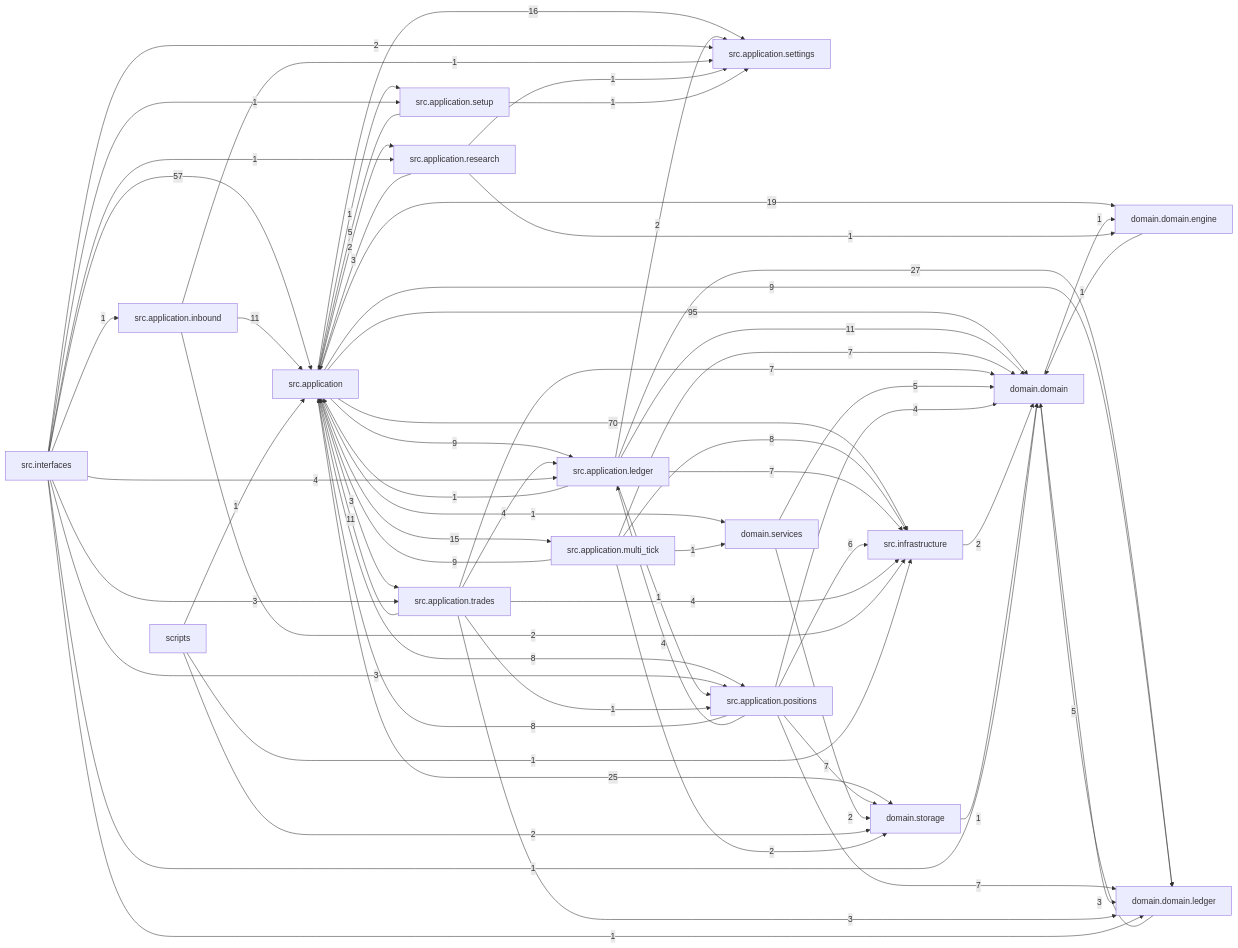
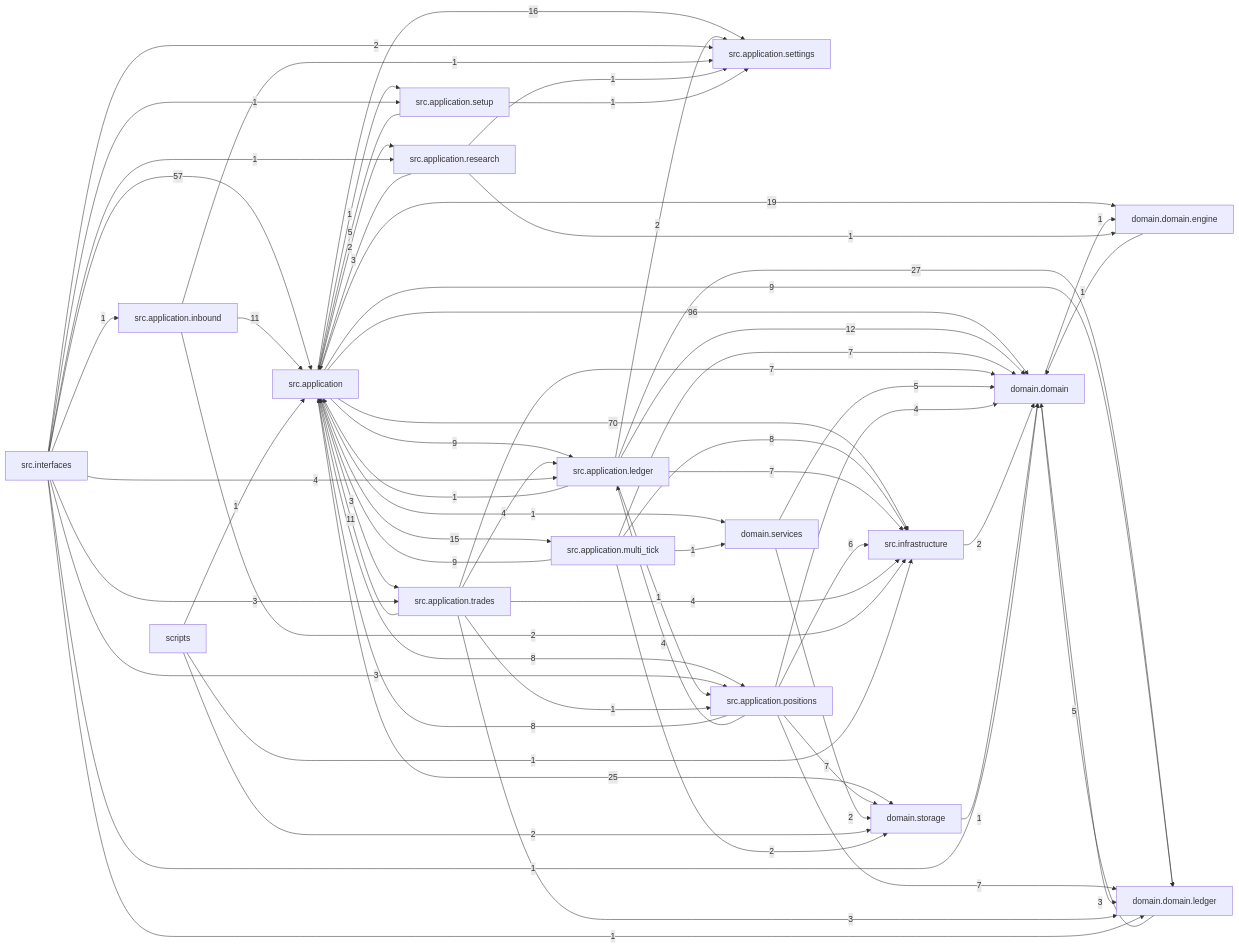
Before and after one commit to liuxie066/options-monitor: the diagram in docs/dependency_graph.mmd, drawn with Mermaid. The commit also changed 28 other files, not shown here.

```diff
--- a/docs/dependency_graph.mmd
+++ b/docs/dependency_graph.mmd
@@ -1,66 +1,66 @@
 flowchart LR
-  src_application["src.application"] -->|95| domain_domain["domain.domain"]
+  src_application["src.application"] -->|96| domain_domain["domain.domain"]
   src_application["src.application"] -->|70| src_infrastructure["src.infrastructure"]
   src_interfaces["src.interfaces"] -->|57| src_application["src.application"]
   src_application_ledger["src.application.ledger"] -->|27| domain_domain_ledger["domain.domain.ledger"]
   src_application["src.application"] -->|25| domain_storage["domain.storage"]
   src_application["src.application"] -->|19| domain_domain_engine["domain.domain.engine"]
   src_application["src.application"] -->|16| src_application_settings["src.application.settings"]
   src_application["src.application"] -->|15| src_application_multi_tick["src.application.multi_tick"]
+  src_application_ledger["src.application.ledger"] -->|12| domain_domain["domain.domain"]
   src_application_inbound["src.application.inbound"] -->|11| src_application["src.application"]
-  src_application_ledger["src.application.ledger"] -->|11| domain_domain["domain.domain"]
   src_application_trades["src.application.trades"] -->|11| src_application["src.application"]
   src_application["src.application"] -->|9| domain_domain_ledger["domain.domain.ledger"]
   src_application["src.application"] -->|9| src_application_ledger["src.application.ledger"]
   src_application_multi_tick["src.application.multi_tick"] -->|9| src_application["src.application"]
   src_application["src.application"] -->|8| src_application_positions["src.application.positions"]
   src_application_multi_tick["src.application.multi_tick"] -->|8| src_infrastructure["src.infrastructure"]
   src_application_positions["src.application.positions"] -->|8| src_application["src.application"]
   src_application_ledger["src.application.ledger"] -->|7| src_infrastructure["src.infrastructure"]
   src_application_multi_tick["src.application.multi_tick"] -->|7| domain_domain["domain.domain"]
   src_application_positions["src.application.positions"] -->|7| domain_domain_ledger["domain.domain.ledger"]
   src_application_positions["src.application.positions"] -->|7| domain_storage["domain.storage"]
   src_application_trades["src.application.trades"] -->|7| domain_domain["domain.domain"]
   src_application_positions["src.application.positions"] -->|6| src_infrastructure["src.infrastructure"]
   domain_domain_ledger["domain.domain.ledger"] -->|5| domain_domain["domain.domain"]
   domain_services["domain.services"] -->|5| domain_domain["domain.domain"]
   src_application_setup["src.application.setup"] -->|5| src_application["src.application"]
   src_application_positions["src.application.positions"] -->|4| domain_domain["domain.domain"]
   src_application_positions["src.application.positions"] -->|4| src_application_ledger["src.application.ledger"]
   src_application_trades["src.application.trades"] -->|4| src_application_ledger["src.application.ledger"]
   src_application_trades["src.application.trades"] -->|4| src_infrastructure["src.infrastructure"]
   src_interfaces["src.interfaces"] -->|4| src_application_ledger["src.application.ledger"]
   domain_domain["domain.domain"] -->|3| domain_domain_ledger["domain.domain.ledger"]
   src_application["src.application"] -->|3| src_application_trades["src.application.trades"]
   src_application_research["src.application.research"] -->|3| src_application["src.application"]
   src_application_trades["src.application.trades"] -->|3| domain_domain_ledger["domain.domain.ledger"]
   src_interfaces["src.interfaces"] -->|3| src_application_positions["src.application.positions"]
   src_interfaces["src.interfaces"] -->|3| src_application_trades["src.application.trades"]
   domain_services["domain.services"] -->|2| domain_storage["domain.storage"]
   scripts["scripts"] -->|2| domain_storage["domain.storage"]
   src_application["src.application"] -->|2| src_application_research["src.application.research"]
   src_application_inbound["src.application.inbound"] -->|2| src_infrastructure["src.infrastructure"]
   src_application_ledger["src.application.ledger"] -->|2| src_application_settings["src.application.settings"]
   src_application_multi_tick["src.application.multi_tick"] -->|2| domain_storage["domain.storage"]
   src_infrastructure["src.infrastructure"] -->|2| domain_domain["domain.domain"]
   src_interfaces["src.interfaces"] -->|2| src_application_settings["src.application.settings"]
   domain_domain["domain.domain"] -->|1| domain_domain_engine["domain.domain.engine"]
   domain_domain_engine["domain.domain.engine"] -->|1| domain_domain["domain.domain"]
   domain_storage["domain.storage"] -->|1| domain_domain["domain.domain"]
   scripts["scripts"] -->|1| src_application["src.application"]
   scripts["scripts"] -->|1| src_infrastructure["src.infrastructure"]
   src_application["src.application"] -->|1| domain_services["domain.services"]
   src_application["src.application"] -->|1| src_application_setup["src.application.setup"]
   src_application_inbound["src.application.inbound"] -->|1| src_application_settings["src.application.settings"]
   src_application_ledger["src.application.ledger"] -->|1| src_application["src.application"]
   src_application_ledger["src.application.ledger"] -->|1| src_application_positions["src.application.positions"]
   src_application_multi_tick["src.application.multi_tick"] -->|1| domain_services["domain.services"]
   src_application_research["src.application.research"] -->|1| domain_domain_engine["domain.domain.engine"]
   src_application_research["src.application.research"] -->|1| src_application_settings["src.application.settings"]
   src_application_setup["src.application.setup"] -->|1| src_application_settings["src.application.settings"]
   src_application_trades["src.application.trades"] -->|1| src_application_positions["src.application.positions"]
   src_interfaces["src.interfaces"] -->|1| domain_domain["domain.domain"]
   src_interfaces["src.interfaces"] -->|1| domain_domain_ledger["domain.domain.ledger"]
   src_interfaces["src.interfaces"] -->|1| src_application_inbound["src.application.inbound"]
   src_interfaces["src.interfaces"] -->|1| src_application_research["src.application.research"]
   src_interfaces["src.interfaces"] -->|1| src_application_setup["src.application.setup"]
```
